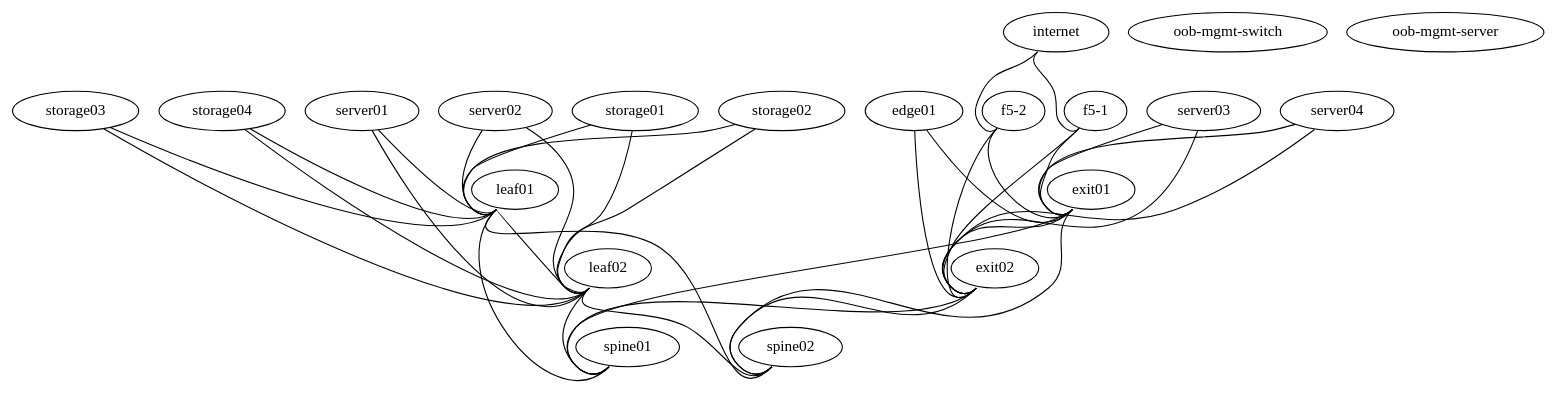
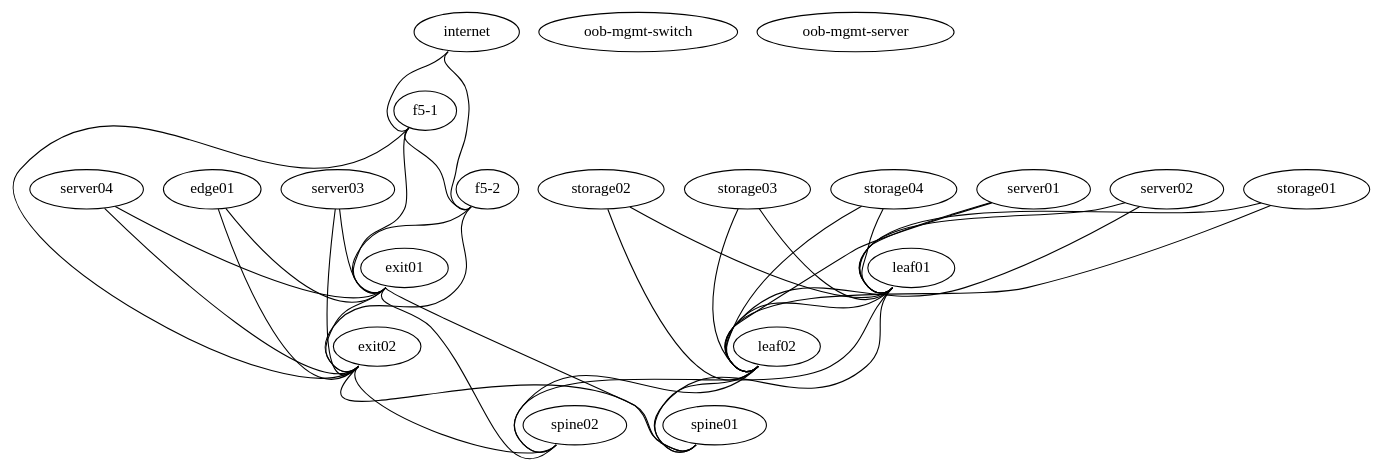
Before and after one commit to OliElli/cumulus-poc: the diagram in topology.dot, drawn with Graphviz. The commit also changed 2 other files, not shown here.

```diff
--- a/topology.dot
+++ b/topology.dot
@@ -1,65 +1,67 @@
 graph vx {
   "leaf01" [function="leaf" os="CumulusCommunity/cumulus-vx" version="3.7.3" memory="768" config="./helper_scripts/config_switch.sh" ]
   "leaf02" [function="leaf" os="CumulusCommunity/cumulus-vx" version="3.7.3" memory="768" config="./helper_scripts/config_switch.sh" ]
   "spine01" [function="spine" os="CumulusCommunity/cumulus-vx" version="3.7.3" memory="768" config="./helper_scripts/config_switch.sh" ]
   "spine02" [function="spine" os="CumulusCommunity/cumulus-vx" version="3.7.3" memory="768" config="./helper_scripts/config_switch.sh" ]
   "exit01" [function="exit" os="CumulusCommunity/cumulus-vx" version="3.7.3" memory="768" config="./helper_scripts/config_switch.sh" ]
   "exit02" [function="exit" os="CumulusCommunity/cumulus-vx" version="3.7.3" memory="768" config="./helper_scripts/config_switch.sh" ]
   "server01" [function="host" os="yk0/ubuntu-xenial" memory="512" config="./helper_scripts/config_server.sh" ]
   "server02" [function="host" os="yk0/ubuntu-xenial" memory="512" config="./helper_scripts/config_server.sh" ]
   "server03" [function="host" os="yk0/ubuntu-xenial" memory="512" config="./helper_scripts/config_server.sh" ]
   "server04" [function="host" os="yk0/ubuntu-xenial" memory="512" config="./helper_scripts/config_server.sh" ]
   "edge01" [function="host" os="yk0/ubuntu-xenial" memory="768" config="./helper_scripts/config_server.sh" ]
   "internet" [function="internet" vagrant="swp48" os="CumulusCommunity/cumulus-vx" version="3.7.3" memory="768" config="./helper_scripts/config_internet.sh" ]
   "oob-mgmt-switch" [function="oob-switch" vagrant="eth0" os="CumulusCommunity/cumulus-vx" version="3.7.3" memory="768" config="./helper_scripts/config_oob_switch.sh" ]
   "oob-mgmt-server" [function="oob-server" vagrant="eth0" os="CumulusCommunity/vx_oob_server" version="1.0.4" memory="1024" config="./helper_scripts/config_oob_server.sh" ]
   "f5-1" [function="exit" os="CumulusCommunity/cumulus-vx" version="3.7.3" memory="768" config="./helper_scripts/config_switch.sh" ]
   "f5-2" [function="exit" os="CumulusCommunity/cumulus-vx" version="3.7.3" memory="768" config="./helper_scripts/config_switch.sh" ]
   "storage01" [function="host" os="yk0/ubuntu-xenial" memory="512" config="./helper_scripts/config_server.sh" ]
   "storage02" [function="host" os="yk0/ubuntu-xenial" memory="512" config="./helper_scripts/config_server.sh" ]
   "storage03" [function="host" os="yk0/ubuntu-xenial" memory="512" config="./helper_scripts/config_server.sh" ]
   "storage04" [function="host" os="yk0/ubuntu-xenial" memory="512" config="./helper_scripts/config_server.sh" ]
 
   "leaf01":"swp56" -- "spine01":"swp32"
   "leaf02":"swp56" -- "spine01":"swp31"
   "leaf01":"swp55" -- "spine02":"swp32"
   "leaf02":"swp55" -- "spine02":"swp31"
 
   "leaf01":"swp54" -- "leaf02":"swp54"
   "exit01":"swp54" -- "exit02":"swp54"
+  "f5-1":"swp54" -- "f5-2":"swp54"
+
 
   "server01":"eth1" -- "leaf01":"swp1" [left_mac="00:03:00:11:11:01"]
   "server01":"eth2" -- "leaf02":"swp1" [left_mac="00:03:00:11:11:02"]
   "server02":"eth1" -- "leaf01":"swp2" [left_mac="00:03:00:22:22:01"]
   "server02":"eth2" -- "leaf02":"swp2" [left_mac="00:03:00:22:22:02"]
   "server03":"eth1" -- "exit01":"swp11" [left_mac="00:03:00:33:33:01"]
   "server03":"eth2" -- "exit02":"swp11" [left_mac="00:03:00:33:33:02"]
   "server04":"eth1" -- "exit01":"swp12" [left_mac="00:03:00:44:44:01"]
   "server04":"eth2" -- "exit02":"swp12" [left_mac="00:03:00:44:44:02"]
 
   "storage01":"eth1" -- "leaf01":"swp3" [left_mac="00:04:00:11:11:01"]
   "storage01":"eth2" -- "leaf02":"swp3" [left_mac="00:04:00:11:11:02"]
   "storage02":"eth1" -- "leaf01":"swp4" [left_mac="00:04:00:22:22:01"]
   "storage02":"eth2" -- "leaf02":"swp4" [left_mac="00:04:00:22:22:02"]
   "storage03":"eth1" -- "leaf01":"swp5" [left_mac="00:04:00:11:11:03"]
   "storage03":"eth2" -- "leaf02":"swp5" [left_mac="00:04:00:11:11:04"]
   "storage04":"eth1" -- "leaf01":"swp6" [left_mac="00:04:00:22:22:03"]
   "storage04":"eth2" -- "leaf02":"swp6" [left_mac="00:04:00:22:22:04"]
 
   "exit01":"swp56" -- "spine01":"swp30"
   "exit01":"swp55" -- "spine02":"swp30"
   "exit02":"swp56" -- "spine01":"swp29"
   "exit02":"swp55" -- "spine02":"swp29"
 
   "internet":"swp1" -- "f5-1":"swp3"
   "internet":"swp2" -- "f5-2":"swp3"
 
   "edge01":"eth1" -- "exit01":"swp10"
   "edge01":"eth2" -- "exit02":"swp10"
 
   "f5-1":"swp1" -- "exit01":"swp1"
   "f5-1":"swp2" -- "exit02":"swp1"
   
   "f5-2":"swp1" -- "exit01":"swp2"
   "f5-2":"swp2" -- "exit02":"swp2"
 }
```
